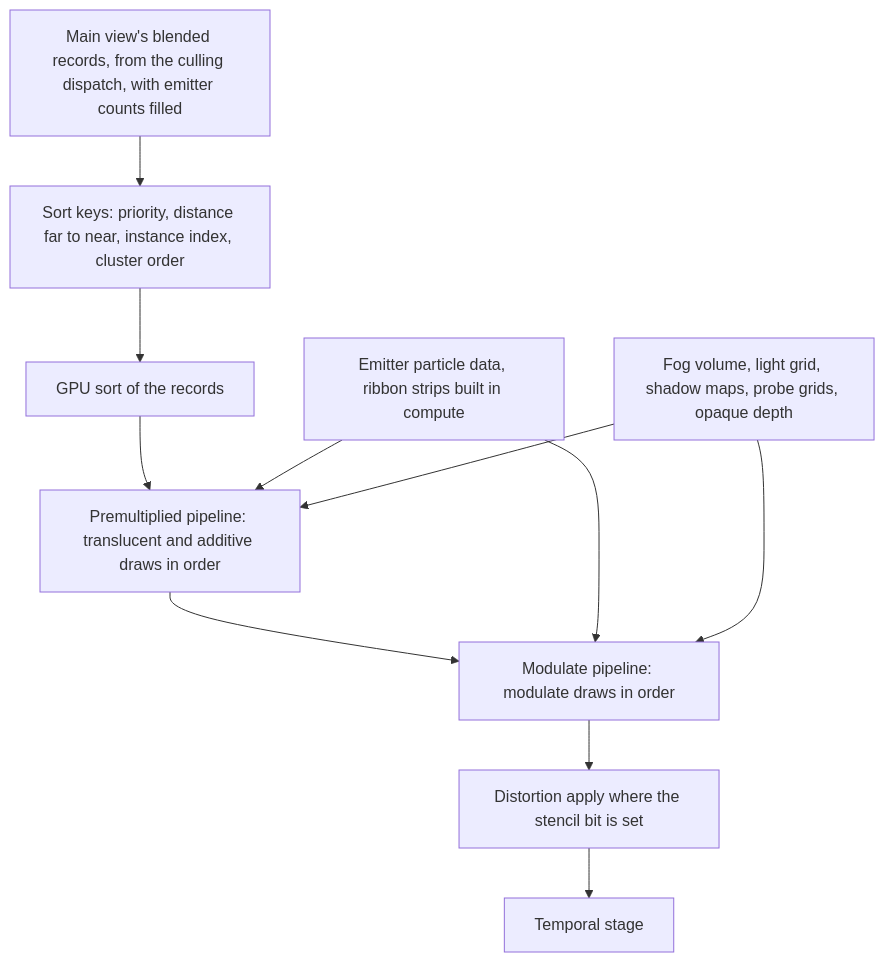
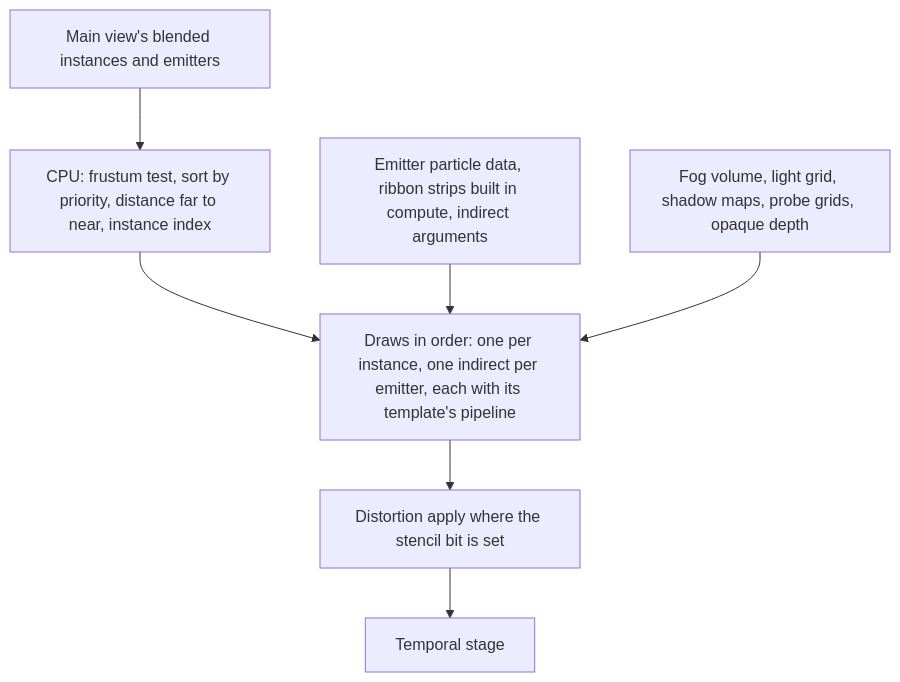
Before and after one commit to plainsight-systems/bullet-witch: the second of 2 diagrams in docs/architecture/transparency.md, drawn with Mermaid. The commit also changed other lines of this file and 6 other files, not shown here.

First line of the commit message:
Order blended draws and decals on the CPU and run depth of field before the forward pass

````diff
--- a/docs/architecture/transparency.md
+++ b/docs/architecture/transparency.md
@@ -96,13 +92,9 @@
 ```mermaid
 flowchart TD
-    R["Main view's blended records, from the culling dispatch, with emitter counts filled"] --> K["Sort keys: priority, distance far to near, instance index, cluster order"]
-    K --> S["GPU sort of the records"]
-    S --> P1["Premultiplied pipeline: translucent and additive draws in order"]
-    P1 --> P2["Modulate pipeline: modulate draws in order"]
-    P2 --> DA["Distortion apply where the stencil bit is set"]
+    R["Main view's blended instances and emitters"] --> K["CPU: frustum test, sort by priority, distance far to near, instance index"]
+    K --> D["Draws in order: one per instance, one indirect per emitter, each with its template's pipeline"]
+    D --> DA["Distortion apply where the stencil bit is set"]
     DA --> TS["Temporal stage"]
-    E["Emitter particle data, ribbon strips built in compute"] --> P1
-    E --> P2
-    F["Fog volume, light grid, shadow maps, probe grids, opaque depth"] --> P1
-    F --> P2
+    E["Emitter particle data, ribbon strips built in compute, indirect arguments"] --> D
+    F["Fog volume, light grid, shadow maps, probe grids, opaque depth"] --> D
 ```
````
